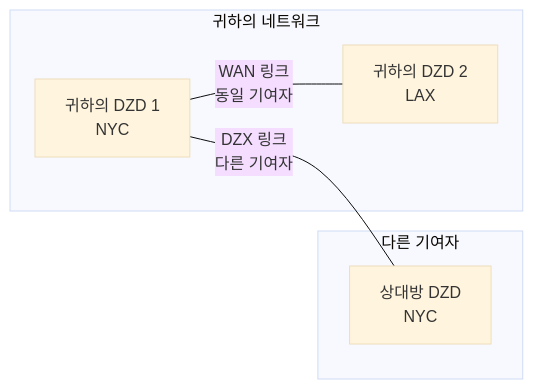
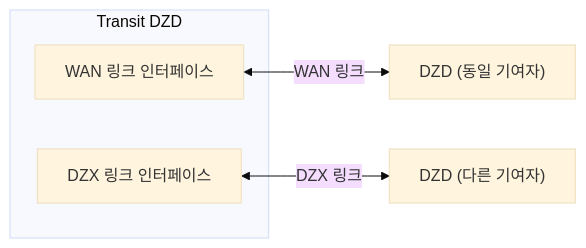
The sixth of 7 diagrams in docs/contribute-provisioning.ko.md (malbeclabs/docs), drawn with Mermaid (base theme) before and after one commit. The commit also changed other lines of this file and 34 other files, not shown here.

````diff
--- a/docs/contribute-provisioning.ko.md
+++ b/docs/contribute-provisioning.ko.md
@@ -578,14 +335,9 @@
 ```mermaid
 flowchart LR
-    subgraph "귀하의 네트워크"
-        D1[귀하의 DZD 1<br/>NYC]
-        D2[귀하의 DZD 2<br/>LAX]
+    subgraph TDZD[Transit DZD]
+        T_WAN["WAN 링크 인터페이스"]
+        T_DZX["DZX 링크 인터페이스"]
     end
-
-    subgraph "다른 기여자"
-        O1[상대방 DZD<br/>NYC]
-    end
-
-    D1 ---|WAN 링크<br/>동일 기여자| D2
-    D1 ---|DZX 링크<br/>다른 기여자| O1
+    T_WAN <-->|WAN 링크| T2["DZD (동일 기여자)"]
+    T_DZX <-->|DZX 링크| TD["DZD (다른 기여자)"]
 ```
````
